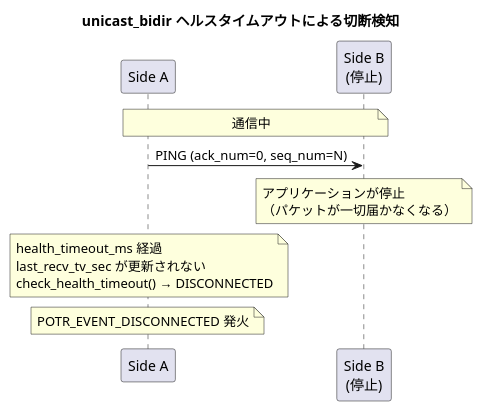
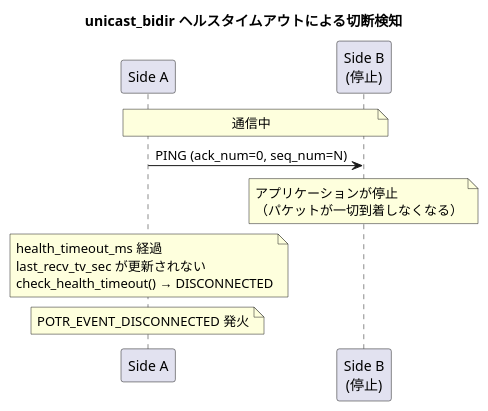
The fourth of 4 diagrams in docs/sequence-bidir.md (Hondarer/app_porter), drawn with PlantUML before and after one commit. The commit also changed 39 other files, not shown here.

````diff
--- a/docs/sequence-bidir.md
+++ b/docs/sequence-bidir.md
@@ -120,16 +120,16 @@
 ```plantuml
 @startuml unicast_bidir タイムアウト
 title unicast_bidir ヘルスタイムアウトによる切断検知
 
 participant "Side A" as A
 participant "Side B\n(停止)" as B
 
 note over A,B: 通信中
 
 A -> B: PING (ack_num=0, seq_num=N)
-note over B: アプリケーションが停止\n（パケットが一切届かなくなる）
+note over B: アプリケーションが停止\n（パケットが一切到着しなくなる）
 note over A: health_timeout_ms 経過\nlast_recv_tv_sec が更新されない\ncheck_health_timeout() → DISCONNECTED
 note over A: POTR_EVENT_DISCONNECTED 発火
 
 @enduml
 ```
````
